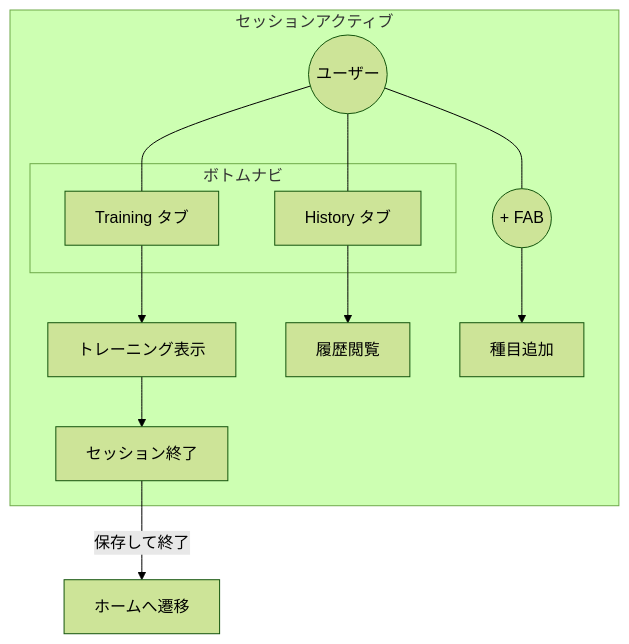
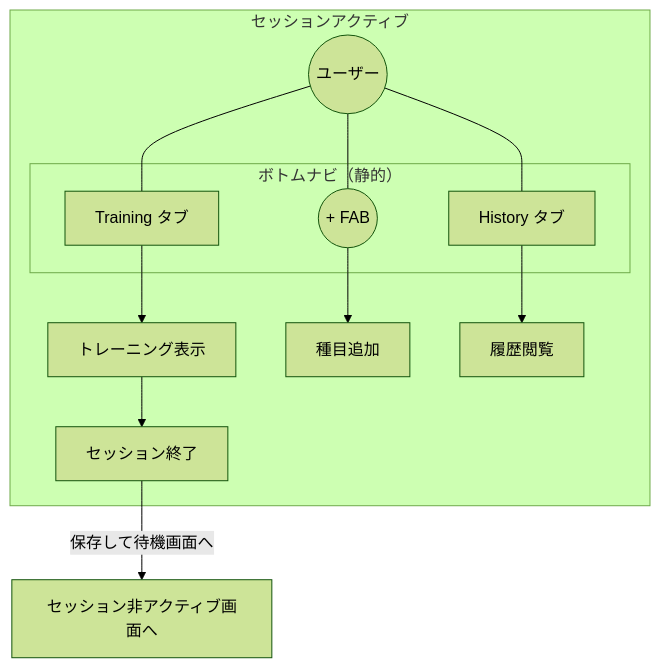
One commit to SakumaTakuya/gymini changed the third of 5 diagrams in .sdd/requirement/navigation.md. Above: the diagram before and after it, drawn with Mermaid (forest theme). The commit also changed other lines of this file and 2 other files, not shown here.

First line of the commit message:
Refactor navigation PRD: static bottom nav with FAB area

````diff
--- a/.sdd/requirement/navigation.md
+++ b/.sdd/requirement/navigation.md
@@ -114,26 +123,25 @@
 ```mermaid
 graph TB
     subgraph "セッションアクティブ"
         User((ユーザー))
         ViewTraining[トレーニング表示]
         AddExercise[種目追加]
         EndSession[セッション終了]
         ViewHistory[履歴閲覧]
 
-        subgraph "ボトムナビ"
+        subgraph "ボトムナビ（静的）"
             TabTraining["Training タブ"]
             TabHistory["History タブ"]
+            FAB(("+ FAB"))
         end
-
-        FAB(("+ FAB"))
     end
 
     User --- TabTraining
     User --- TabHistory
     User --- FAB
     TabTraining --> ViewTraining
     TabHistory --> ViewHistory
     FAB --> AddExercise
     ViewTraining --> EndSession
-    EndSession -->|"保存して終了"| Home[ホームへ遷移]
+    EndSession -->|"保存して待機画面へ"| Idle[セッション非アクティブ画面へ]
 ```
````
